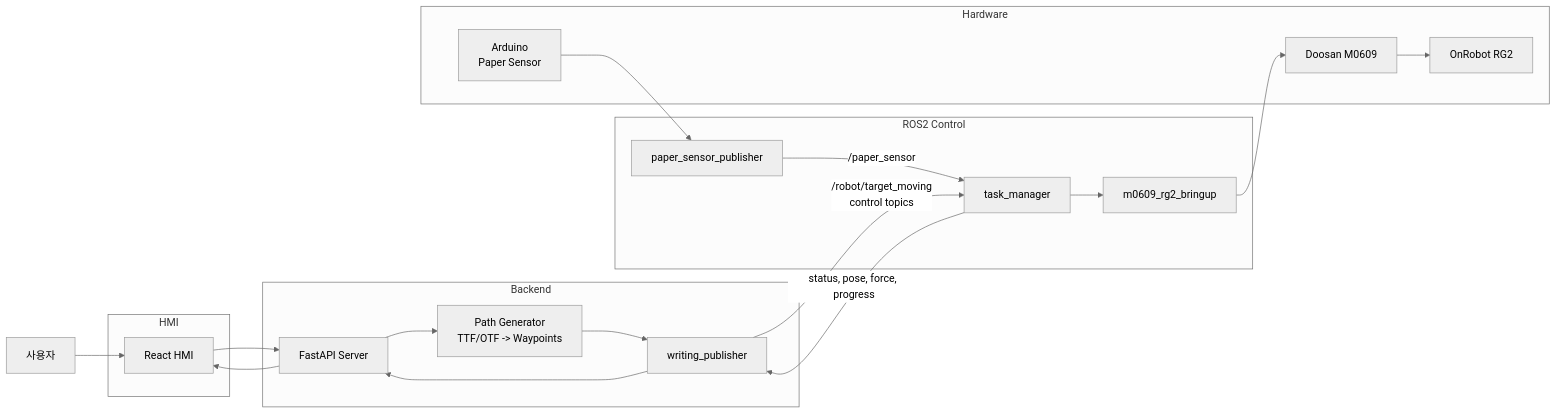
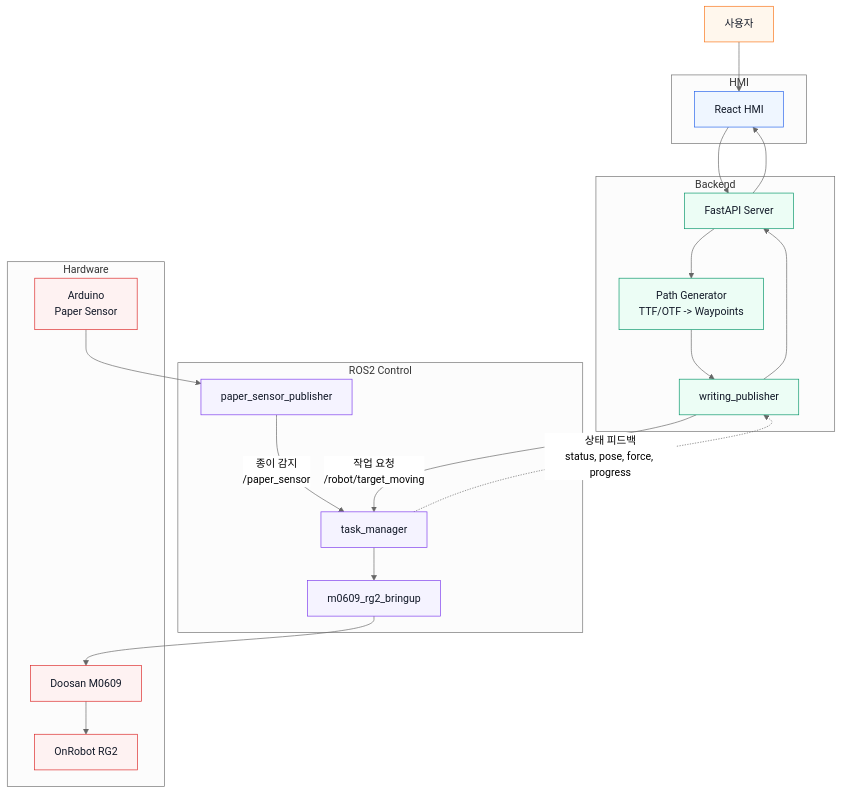
One commit to habin-k/robot-arm-writing changed the first of 3 diagrams in README.md. Above: the diagram before and after it, drawn with Mermaid (neutral theme).

Commit message:
README 업데이트

````diff
--- a/README.md
+++ b/README.md
@@ -11,43 +11,55 @@
 ```mermaid
-flowchart LR
+flowchart TB
     User["사용자"]
 
     subgraph UI["HMI"]
         HMI["React HMI"]
     end
 
     subgraph Server["Backend"]
         API["FastAPI Server"]
         PathGen["Path Generator<br/>TTF/OTF -> Waypoints"]
         RosPub["writing_publisher"]
     end
 
     subgraph ROS["ROS2 Control"]
         TaskManager["task_manager"]
         SensorNode["paper_sensor_publisher"]
         Bringup["m0609_rg2_bringup"]
     end
 
     subgraph HW["Hardware"]
         Arduino["Arduino<br/>Paper Sensor"]
         Robot["Doosan M0609"]
         Gripper["OnRobot RG2"]
     end
 
     User --> HMI
     HMI --> API
     API --> PathGen
     PathGen --> RosPub
-    RosPub -->|"/robot/target_moving<br/>control topics"| TaskManager
+    RosPub -->|"작업 요청<br/>/robot/target_moving"| TaskManager
 
     Arduino --> SensorNode
-    SensorNode -->|"/paper_sensor"| TaskManager
+    SensorNode -->|"종이 감지<br/>/paper_sensor"| TaskManager
 
     TaskManager --> Bringup
     Bringup --> Robot
     Robot --> Gripper
 
-    TaskManager -->|"status, pose, force, progress"| RosPub
+    TaskManager -.->|"상태 피드백<br/>status, pose, force, progress"| RosPub
     RosPub --> API
     API --> HMI
+
+    classDef user fill:#fff7ed,stroke:#f97316,stroke-width:1px,color:#111827;
+    classDef ui fill:#eff6ff,stroke:#2563eb,stroke-width:1px,color:#111827;
+    classDef server fill:#ecfdf5,stroke:#059669,stroke-width:1px,color:#111827;
+    classDef ros fill:#f5f3ff,stroke:#7c3aed,stroke-width:1px,color:#111827;
+    classDef hw fill:#fef2f2,stroke:#dc2626,stroke-width:1px,color:#111827;
+
+    class User user;
+    class HMI ui;
+    class API,PathGen,RosPub server;
+    class TaskManager,SensorNode,Bringup ros;
+    class Arduino,Robot,Gripper hw;
 ```
````
